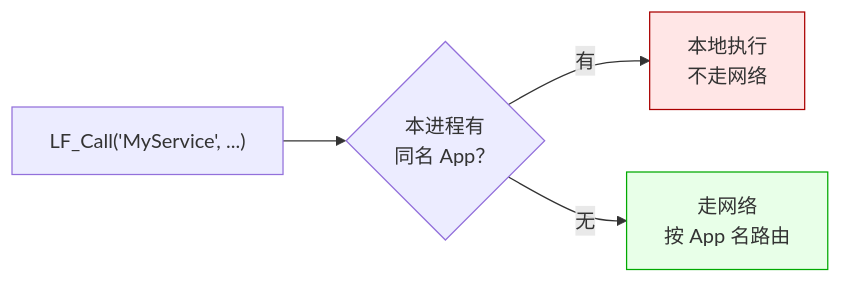
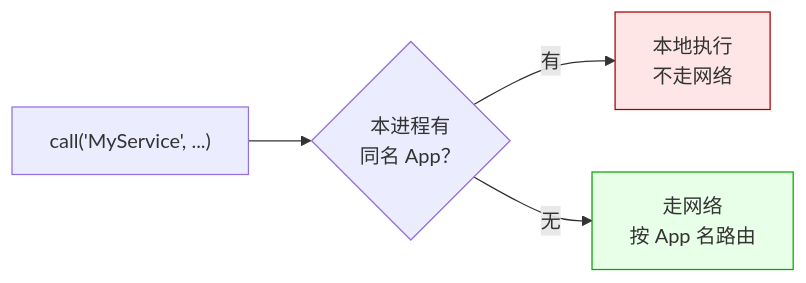
One commit to PassByYou888/LingoFuse changed the first of 2 diagrams in doc/LF_Route_Choice.md. Above: the diagram before and after it, drawn with Mermaid. The commit also changed other lines of this file, not shown here.

````diff
--- a/doc/LF_Route_Choice.md
+++ b/doc/LF_Route_Choice.md
@@ -22,9 +22,9 @@
 ```mermaid
 flowchart LR
-    A["LF_Call('MyService', ...)"] --> B{"本进程有<br/>同名 App？"}
+    A["call('MyService', ...)"] --> B{"本进程有<br/>同名 App？"}
     B -- 有 --> C["本地执行<br/>不走网络"]
     B -- 无 --> D["走网络<br/>按 App 名路由"]
 
     style C fill:#ffe6e6,stroke:#a00
     style D fill:#e8ffe8,stroke:#0a0
 ```
````
